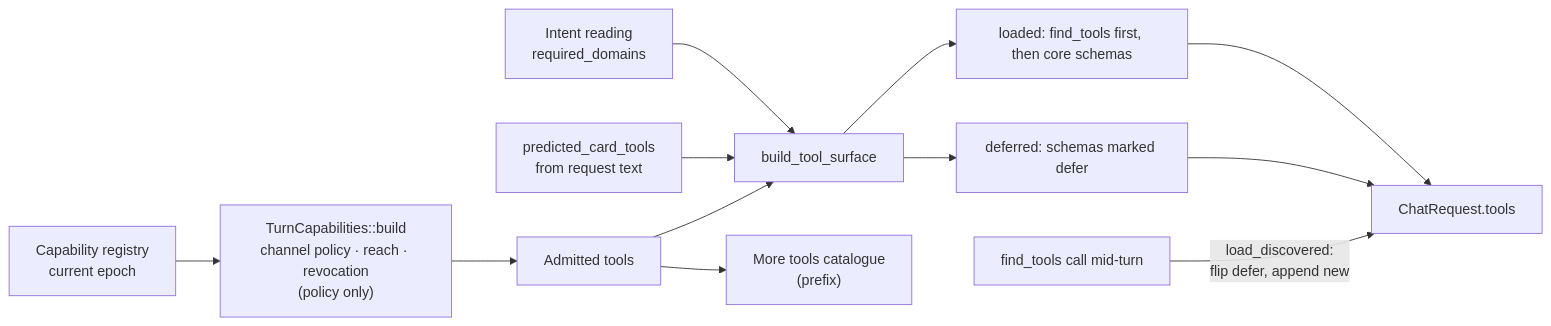
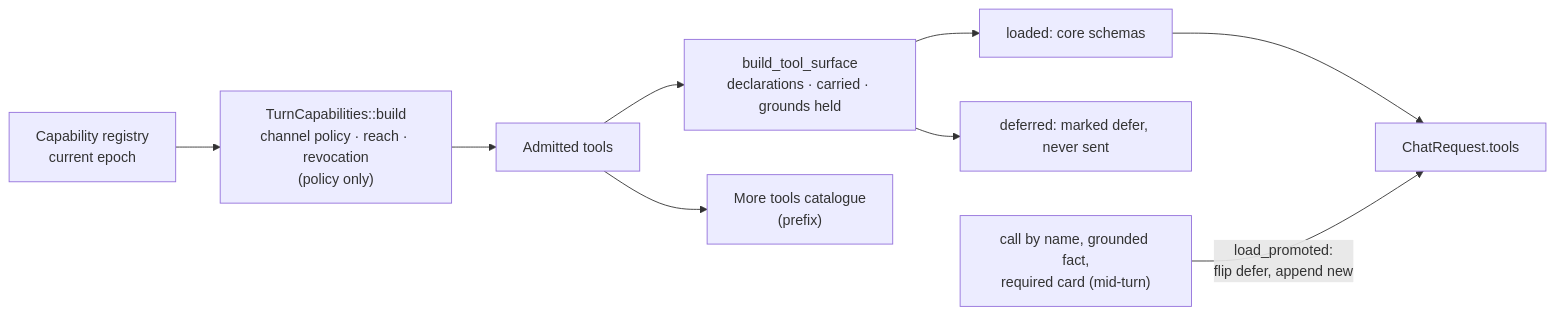
One commit to nranjan2code/code changed the sixth of 14 diagrams in docs/design/83-prompt-system.md. Above: the diagram before and after it, drawn with Mermaid. The commit also changed other lines of this file and 65 other files, not shown here.

````diff
--- a/docs/design/83-prompt-system.md
+++ b/docs/design/83-prompt-system.md
@@ -367,14 +367,11 @@
 ```mermaid
 flowchart LR
     Registry["Capability registry<br/>current epoch"] --> Admit["TurnCapabilities::build<br/>channel policy · reach · revocation<br/>(policy only)"]
     Admit --> Admitted["Admitted tools"]
-    Reading["Intent reading<br/>required_domains"] --> Surface["build_tool_surface"]
-    Predicted["predicted_card_tools<br/>from request text"] --> Surface
-    Admitted --> Surface
-    Surface --> Core["loaded: find_tools first, then core schemas"]
-    Surface --> Deferred["deferred: schemas marked defer"]
+    Admitted --> Surface["build_tool_surface<br/>declarations · carried · grounds held"]
+    Surface --> Core["loaded: core schemas"]
+    Surface --> Deferred["deferred: marked defer, never sent"]
     Admitted --> Catalogue["More tools catalogue<br/>(prefix)"]
     Core --> Array["ChatRequest.tools"]
-    Deferred --> Array
-    FindTools["find_tools call mid-turn"] -->|"load_discovered:<br/>flip defer, append new"| Array
+    Promote["call by name, grounded fact,<br/>required card (mid-turn)"] -->|"load_promoted:<br/>flip defer, append new"| Array
 ```
````
